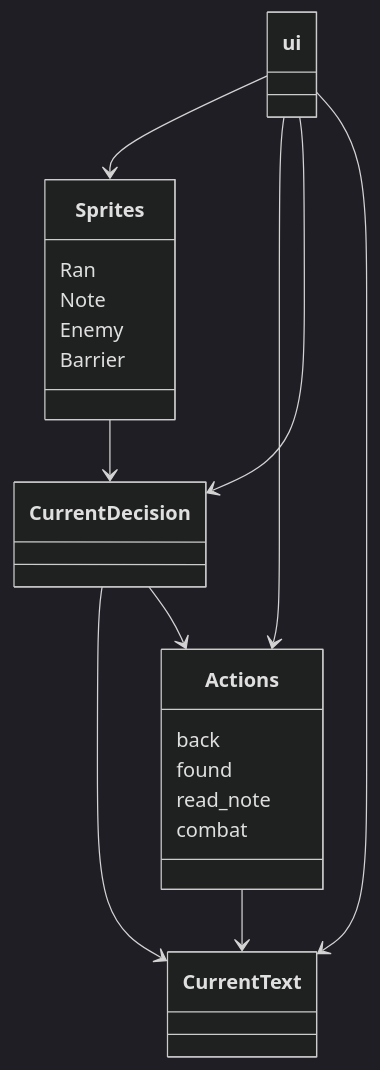
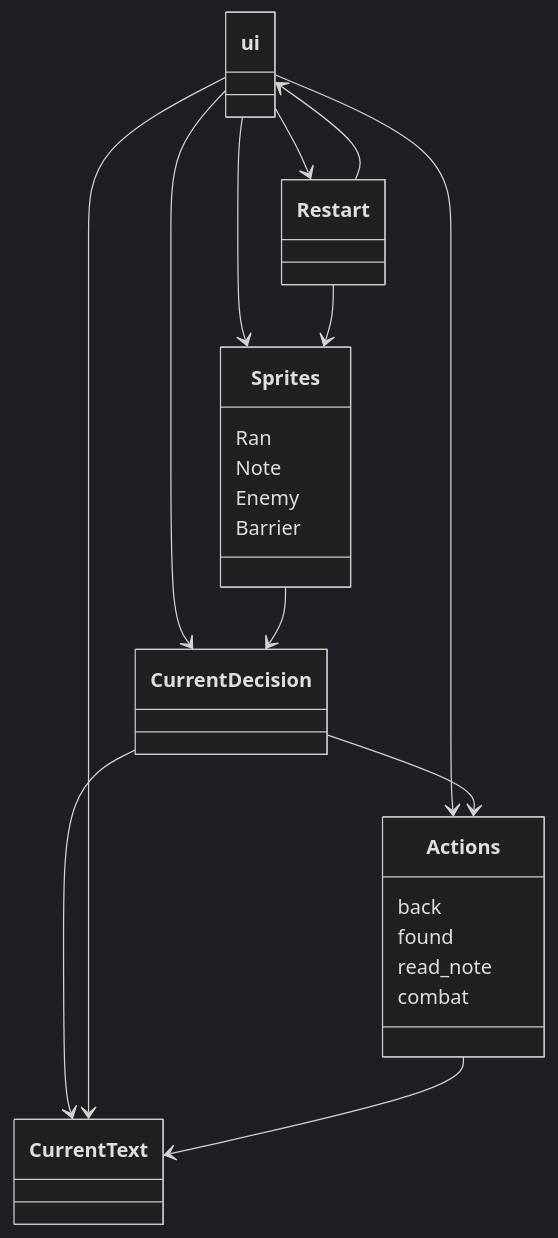
Before and after one commit to emlyy/ot-harjoitustyo: the diagram in dokumentaatio/arkkitehtuuri.md, drawn with Mermaid (dark theme).

````diff
--- a/dokumentaatio/arkkitehtuuri.md
+++ b/dokumentaatio/arkkitehtuuri.md
@@ -1,23 +1,26 @@
 ```mermaid
  classDiagram
       ui --> Sprites
       class Sprites{
           Ran
           Note
           Enemy
           Barrier
       }
       ui --> Actions
       class Actions{
           back
           found
           read_note
           combat
       }
       ui --> CurrentDecision
       CurrentDecision --> CurrentText
       ui --> CurrentText
       Sprites --> CurrentDecision
       CurrentDecision --> Actions
       Actions --> CurrentText
+      Restart --> Sprites
+      ui --> Restart
+      Restart --> ui
 ```
````
